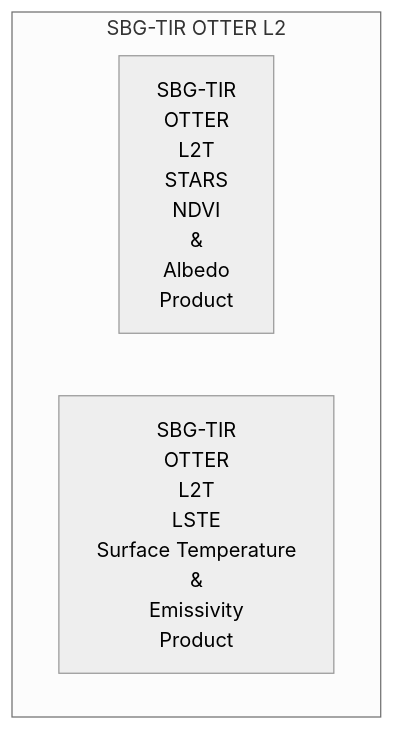
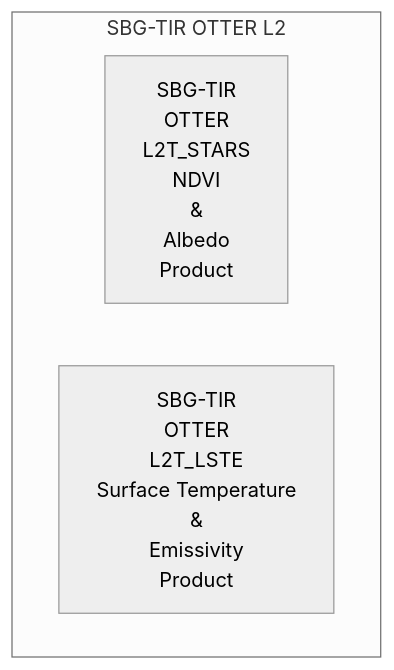
One commit to sbg-tir/SBG-TIR-L4-JET changed the diagram in README.md. Above: the diagram before and after it, drawn with Mermaid (neutral theme).

````diff
--- a/README.md
+++ b/README.md
@@ -31,7 +31,7 @@
 ```mermaid
 flowchart TB
     subgraph SBG_L2[SBG-TIR OTTER L2]
-      SBG_L2T_LSTE[SBG-TIR<br>OTTER<br>L2T<br>STARS<br>NDVI<br>&<br>Albedo<br>Product]
-      SBG_L2T_STARS[SBG-TIR<br>OTTER<br>L2T<br>LSTE<br>Surface Temperature<br>&<br>Emissivity<br>Product]
+      SBG_L2T_LSTE[SBG-TIR<br>OTTER<br>L2T_STARS<br>NDVI<br>&<br>Albedo<br>Product]
+      SBG_L2T_STARS[SBG-TIR<br>OTTER<br>L2T_LSTE<br>Surface Temperature<br>&<br>Emissivity<br>Product]
     end
 ```
````
